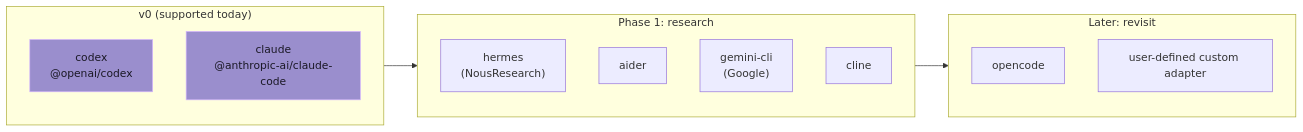
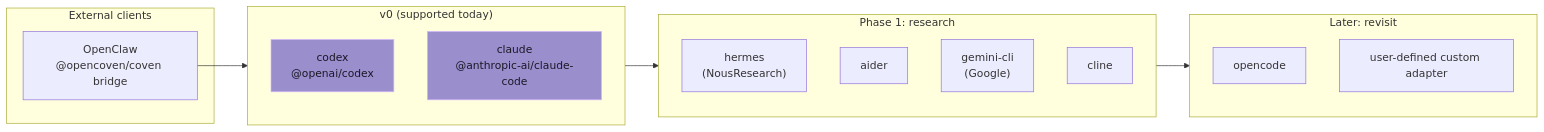
The diagram in docs/FUTURE-HARNESSES.md (OpenCoven/coven), drawn with Mermaid before and after one commit. The commit also changed other lines of this file and 5 other files, not shown here.

````diff
--- a/docs/FUTURE-HARNESSES.md
+++ b/docs/FUTURE-HARNESSES.md
@@ -75,25 +75,30 @@
 ```mermaid
 flowchart LR
   subgraph V0["v0 (supported today)"]
     Codex["codex\n@openai/codex"]
     Claude["claude\n@anthropic-ai/claude-code"]
   end
 
   subgraph Research["Phase 1: research"]
     Hermes["hermes\n(NousResearch)"]
     Aider["aider"]
     Gemini["gemini-cli\n(Google)"]
     Cline["cline"]
   end
 
   subgraph Later["Later: revisit"]
     OpenCode["opencode"]
     Custom["user-defined custom adapter"]
   end
 
+  subgraph Clients["External clients"]
+    OpenClaw["OpenClaw\n@opencoven/coven bridge"]
+  end
+
   V0 --> Research
   Research --> Later
+  OpenClaw --> V0
 
   style Codex fill:#9A8ECD,stroke:#D4B5FF,color:#1A1825
   style Claude fill:#9A8ECD,stroke:#D4B5FF,color:#1A1825
 ```
````
